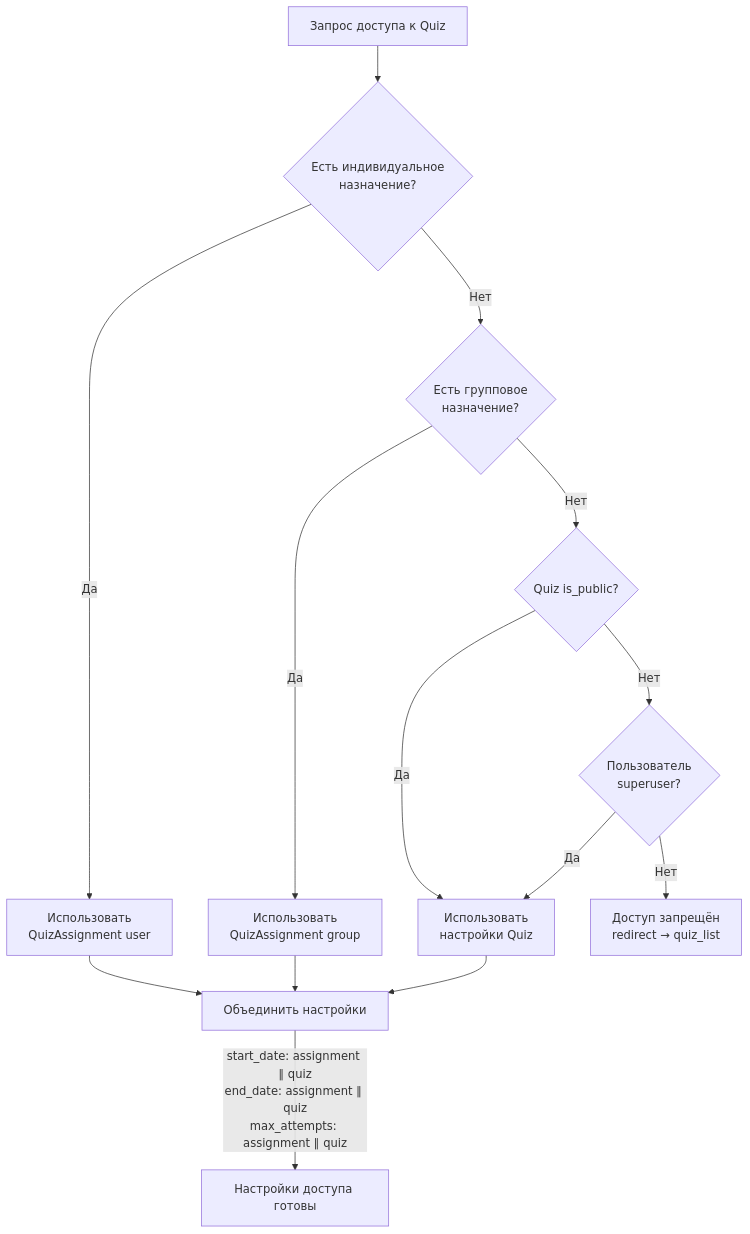
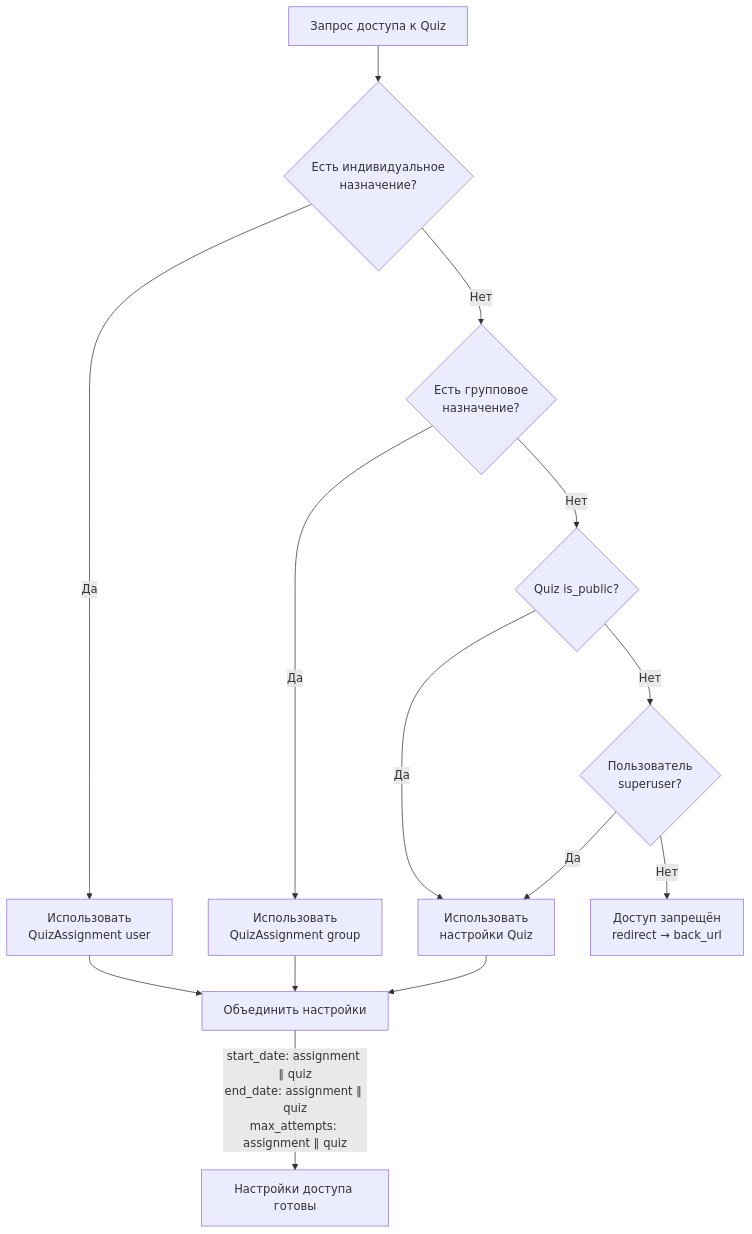
The first of 5 diagrams in docs/flows/quiz-flow.md (Kirill2517nv/SiteAboutMe), drawn with Mermaid before and after one commit. The commit also changed other lines of this file and 71 other files, not shown here.

````diff
--- a/docs/flows/quiz-flow.md
+++ b/docs/flows/quiz-flow.md
@@ -11,18 +11,18 @@
 ```mermaid
 flowchart TD
     START[Запрос доступа к Quiz] --> IND{Есть индивидуальное\nназначение?}
     IND -->|Да| USE_IND[Использовать\nQuizAssignment user]
     IND -->|Нет| GRP{Есть групповое\nназначение?}
     GRP -->|Да| USE_GRP[Использовать\nQuizAssignment group]
     GRP -->|Нет| PUB{Quiz is_public?}
     PUB -->|Да| USE_QUIZ[Использовать\nнастройки Quiz]
     PUB -->|Нет| SU{Пользователь\nsuperuser?}
     SU -->|Да| USE_QUIZ
-    SU -->|Нет| DENY[Доступ запрещён\nredirect → quiz_list]
+    SU -->|Нет| DENY[Доступ запрещён\nredirect → back_url]
 
     USE_IND --> MERGE[Объединить настройки]
     USE_GRP --> MERGE
     USE_QUIZ --> MERGE
 
     MERGE --> |"start_date: assignment ∥ quiz\nend_date: assignment ∥ quiz\nmax_attempts: assignment ∥ quiz"| ACCESS[Настройки доступа готовы]
 ```
````
